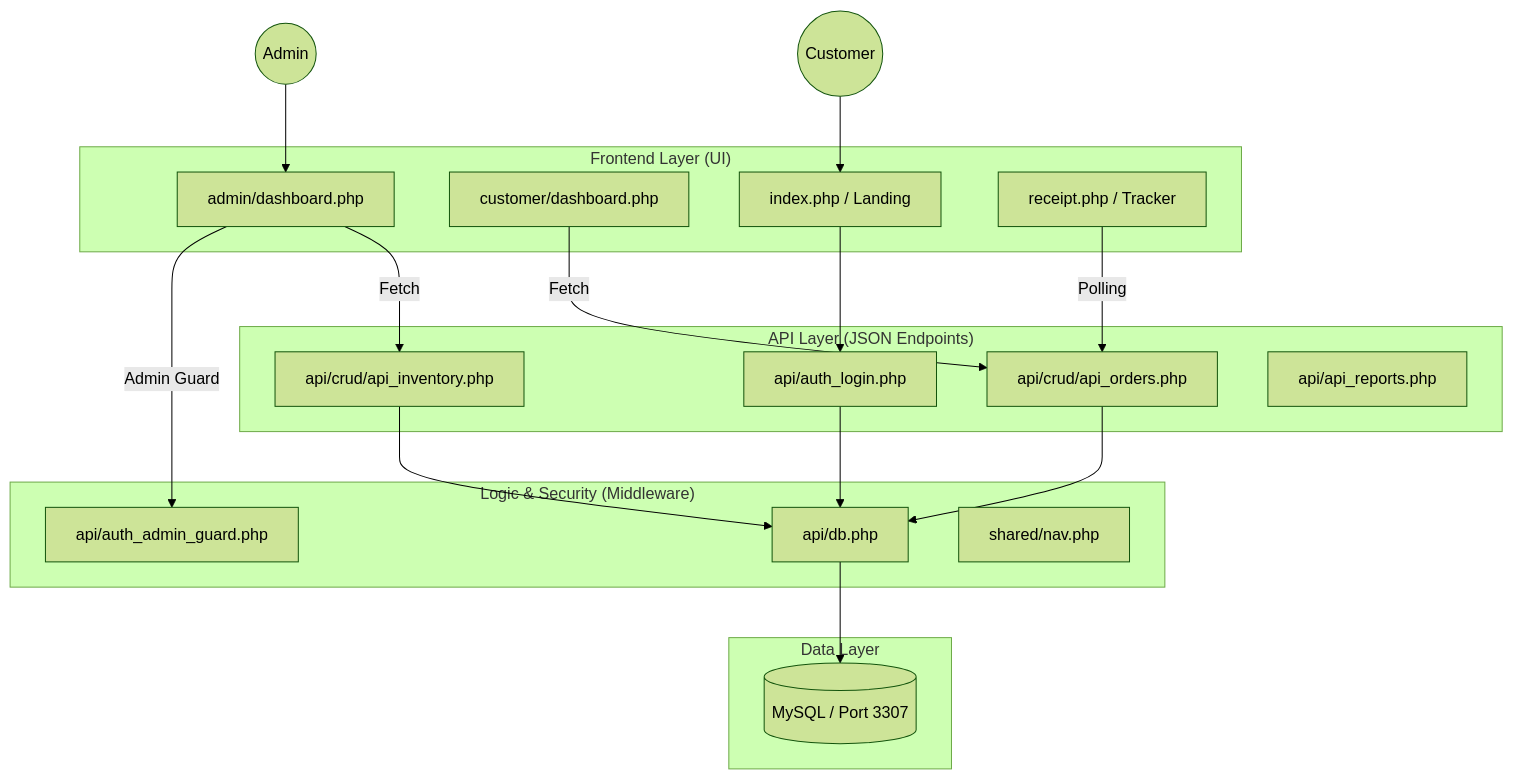
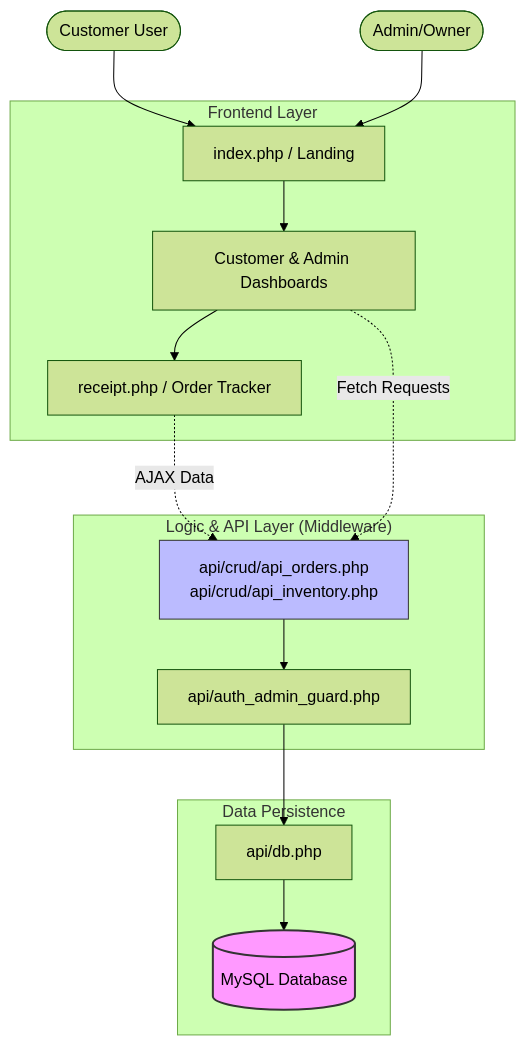
The first of 3 diagrams in DOCUMENTATION.md (Jaylo01/tech-noblade), drawn with Mermaid (forest theme) before and after one commit. The commit also changed other lines of this file, not shown here.

Commit message:
DOCS: Refined Mermaid diagrams in DOCUMENTATION.md for zero-overlap clarity

````diff
--- a/DOCUMENTATION.md
+++ b/DOCUMENTATION.md
@@ -10,44 +10,39 @@
 ```mermaid
 graph TD
     %% Users
-    Customer((Customer))
-    Admin((Admin))
+    Customer([Customer User])
+    Admin([Admin/Owner])
 
-    subgraph "Frontend Layer (UI)"
+    subgraph "Frontend Layer"
         Index[index.php / Landing]
-        CustDash[customer/dashboard.php]
-        AdminDash[admin/dashboard.php]
-        StatusTrack[receipt.php / Tracker]
+        Dashboards[Customer & Admin Dashboards]
+        Tracker[receipt.php / Order Tracker]
     end
 
-    subgraph "Logic & Security (Middleware)"
-        AuthGuard[api/auth_admin_guard.php]
-        DB_Conn[api/db.php]
-        NavShared[shared/nav.php]
+    subgraph "Logic & API Layer (Middleware)"
+        Security[api/auth_admin_guard.php]
+        CRUD_API[api/crud/api_orders.php<br/>api/crud/api_inventory.php]
     end
 
-    subgraph "API Layer (JSON Endpoints)"
-        AuthAPI[api/auth_login.php]
-        OrderAPI[api/crud/api_orders.php]
-        InventoryAPI[api/crud/api_inventory.php]
-        ReportAPI[api/api_reports.php]
+    subgraph "Data Persistence"
+        DB_Conn[api/db.php]
+        MySQL[(MySQL Database)]
     end
 
-    subgraph "Data Layer"
-        MySQL[(MySQL / Port 3307)]
-    end
+    %% Flow of Connection
+    Customer --> Index
+    Admin --> Index
+    Index --> Dashboards
+    Dashboards --> Tracker
+    
+    Tracker -. "AJAX Data" .-> CRUD_API
+    Dashboards -. "Fetch Requests" .-> CRUD_API
+    
+    CRUD_API --> Security
+    Security --> DB_Conn
+    DB_Conn --> MySQL
 
-    %% Connections
-    Customer --> Index
-    Admin --> AdminDash
-    
-    Index --> AuthAPI
-    CustDash -- "Fetch" --> OrderAPI
-    StatusTrack -- "Polling" --> OrderAPI
-    
-    AdminDash -- "Admin Guard" --> AuthGuard
-    AdminDash -- "Fetch" --> InventoryAPI
-    
-    OrderAPI & InventoryAPI & AuthAPI --> DB_Conn
-    DB_Conn --> MySQL
+    %% Styling
+    style MySQL fill:#f9f,stroke:#333,stroke-width:2px
+    style CRUD_API fill:#bbf,stroke:#333,stroke-width:1px
 ```
````
